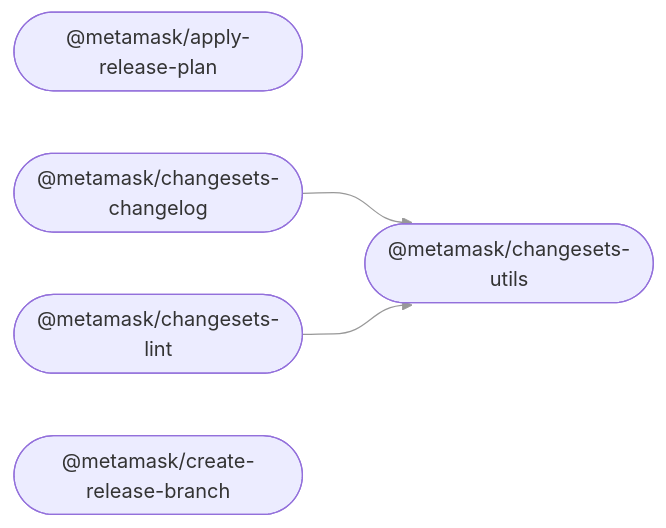
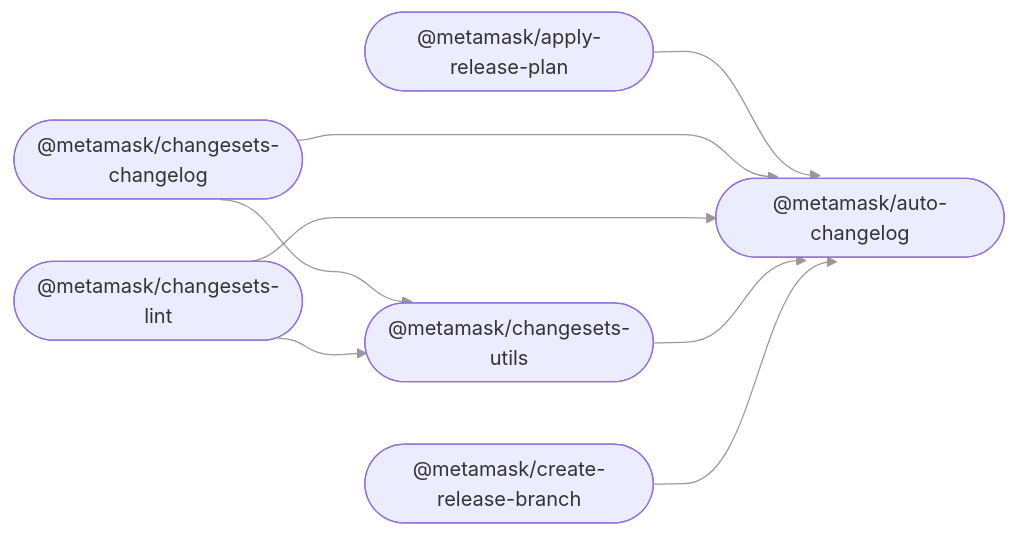
The diagram in README.md (MetaMask/release-tools), drawn with Mermaid before and after one commit. The commit also changed other lines of this file and 65 other files, not shown here.

First line of the commit message:
Integrate auto-changelog into the monorepo (#103)

````diff
--- a/README.md
+++ b/README.md
@@ -29,12 +30,18 @@
 ```mermaid
 %%{ init: { 'flowchart': { 'curve': 'bumpX' } } }%%
 graph LR;
 linkStyle default opacity:0.5
   apply_release_plan(["@metamask/apply-release-plan"]);
+  auto_changelog(["@metamask/auto-changelog"]);
   changesets_changelog(["@metamask/changesets-changelog"]);
   changesets_lint(["@metamask/changesets-lint"]);
   changesets_utils(["@metamask/changesets-utils"]);
   create_release_branch(["@metamask/create-release-branch"]);
+  apply_release_plan --> auto_changelog;
   changesets_changelog --> changesets_utils;
+  changesets_changelog --> auto_changelog;
   changesets_lint --> changesets_utils;
+  changesets_lint --> auto_changelog;
+  changesets_utils --> auto_changelog;
+  create_release_branch --> auto_changelog;
 ```
````
